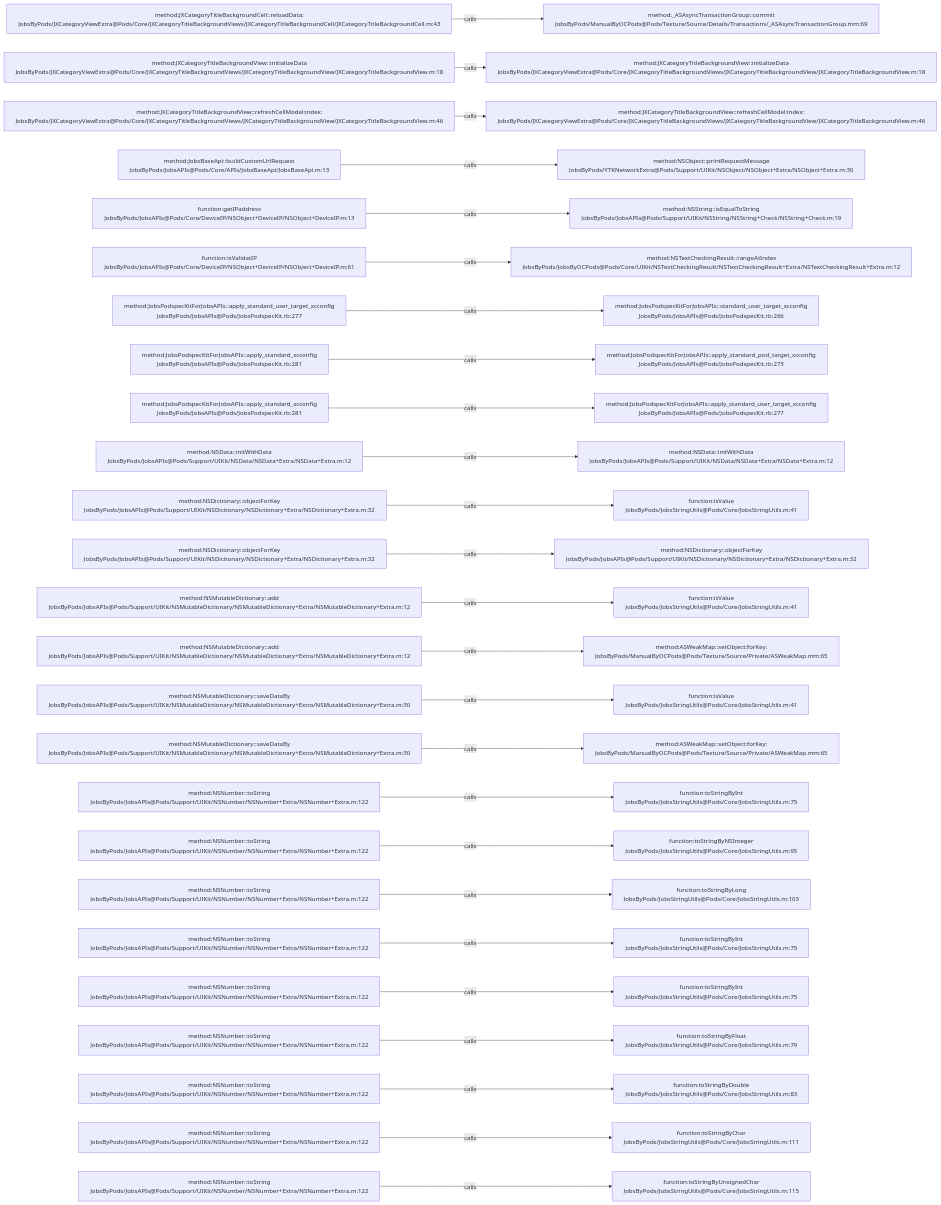
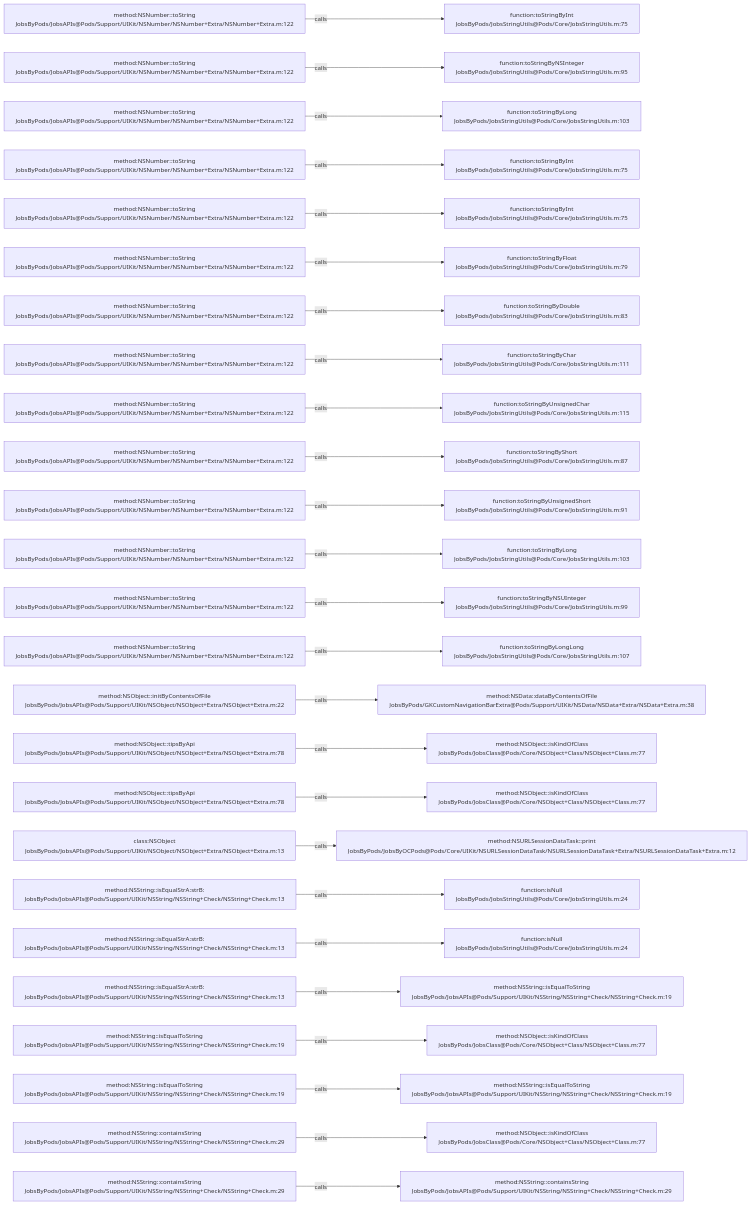
Before and after one commit to JobsKits/JobsOCBaseConfigDemo: the diagram in .codegraph/codegraph.md/graphs/calls-012.md, drawn with Mermaid. The commit also changed 639 other files, not shown here.

````diff
--- a/.codegraph/codegraph.md/graphs/calls-012.md
+++ b/.codegraph/codegraph.md/graphs/calls-012.md
@@ -13,78 +13,78 @@
 ```mermaid
 flowchart LR
-  S1["method:JXCategoryTitleBackgroundCell::reloadData:<br/>JobsByPods/JXCategoryViewExtra@Pods/Core/JXCategoryTitleBackgroundViews/JXCategoryTitleBackgroundCell/JXCategoryTitleBackgroundCell.m:43"]
-  T1["method:_ASAsyncTransactionGroup::commit<br/>JobsByPods/ManualByOCPods@Pods/Texture/Source/Details/Transactions/_ASAsyncTransactionGroup.mm:69"]
+  S1["method:NSNumber::toString<br/>JobsByPods/JobsAPIs@Pods/Support/UIKit/NSNumber/NSNumber+Extra/NSNumber+Extra.m:122"]
+  T1["function:toStringByInt<br/>JobsByPods/JobsStringUtils@Pods/Core/JobsStringUtils.m:75"]
   S1 -->|calls| T1
-  S2["method:JXCategoryTitleBackgroundView::initializeData<br/>JobsByPods/JXCategoryViewExtra@Pods/Core/JXCategoryTitleBackgroundViews/JXCategoryTitleBackgroundView/JXCategoryTitleBackgroundView.m:18"]
-  T2["method:JXCategoryTitleBackgroundView::initializeData<br/>JobsByPods/JXCategoryViewExtra@Pods/Core/JXCategoryTitleBackgroundViews/JXCategoryTitleBackgroundView/JXCategoryTitleBackgroundView.m:18"]
+  S2["method:NSNumber::toString<br/>JobsByPods/JobsAPIs@Pods/Support/UIKit/NSNumber/NSNumber+Extra/NSNumber+Extra.m:122"]
+  T2["function:toStringByNSInteger<br/>JobsByPods/JobsStringUtils@Pods/Core/JobsStringUtils.m:95"]
   S2 -->|calls| T2
-  S3["method:JXCategoryTitleBackgroundView::refreshCellModel:index:<br/>JobsByPods/JXCategoryViewExtra@Pods/Core/JXCategoryTitleBackgroundViews/JXCategoryTitleBackgroundView/JXCategoryTitleBackgroundView.m:46"]
-  T3["method:JXCategoryTitleBackgroundView::refreshCellModel:index:<br/>JobsByPods/JXCategoryViewExtra@Pods/Core/JXCategoryTitleBackgroundViews/JXCategoryTitleBackgroundView/JXCategoryTitleBackgroundView.m:46"]
+  S3["method:NSNumber::toString<br/>JobsByPods/JobsAPIs@Pods/Support/UIKit/NSNumber/NSNumber+Extra/NSNumber+Extra.m:122"]
+  T3["function:toStringByLong<br/>JobsByPods/JobsStringUtils@Pods/Core/JobsStringUtils.m:103"]
   S3 -->|calls| T3
-  S4["method:JobsBaseApi::buildCustomUrlRequest<br/>JobsByPods/JobsAPIs@Pods/Core/APIs/JobsBaseApi/JobsBaseApi.m:13"]
-  T4["method:NSObject::printRequestMessage<br/>JobsByPods/YTKNetworkExtra@Pods/Support/UIKit/NSObject/NSObject+Extra/NSObject+Extra.m:30"]
+  S4["method:NSNumber::toString<br/>JobsByPods/JobsAPIs@Pods/Support/UIKit/NSNumber/NSNumber+Extra/NSNumber+Extra.m:122"]
+  T4["function:toStringByInt<br/>JobsByPods/JobsStringUtils@Pods/Core/JobsStringUtils.m:75"]
   S4 -->|calls| T4
-  S5["function:getIPaddress<br/>JobsByPods/JobsAPIs@Pods/Core/DeviceIP/NSObject+DeviceIP/NSObject+DeviceIP.m:13"]
-  T5["method:NSString::isEqualToString<br/>JobsByPods/JobsAPIs@Pods/Support/UIKit/NSString/NSString+Check/NSString+Check.m:19"]
+  S5["method:NSNumber::toString<br/>JobsByPods/JobsAPIs@Pods/Support/UIKit/NSNumber/NSNumber+Extra/NSNumber+Extra.m:122"]
+  T5["function:toStringByInt<br/>JobsByPods/JobsStringUtils@Pods/Core/JobsStringUtils.m:75"]
   S5 -->|calls| T5
-  S6["function:isValidatIP<br/>JobsByPods/JobsAPIs@Pods/Core/DeviceIP/NSObject+DeviceIP/NSObject+DeviceIP.m:61"]
-  T6["method:NSTextCheckingResult::rangeAtIndex<br/>JobsByPods/JobsByOCPods@Pods/Core/UIKit/NSTextCheckingResult/NSTextCheckingResult+Extra/NSTextCheckingResult+Extra.m:12"]
+  S6["method:NSNumber::toString<br/>JobsByPods/JobsAPIs@Pods/Support/UIKit/NSNumber/NSNumber+Extra/NSNumber+Extra.m:122"]
+  T6["function:toStringByFloat<br/>JobsByPods/JobsStringUtils@Pods/Core/JobsStringUtils.m:79"]
   S6 -->|calls| T6
-  S7["method:JobsPodspecKitForJobsAPIs::apply_standard_user_target_xcconfig<br/>JobsByPods/JobsAPIs@Pods/JobsPodspecKit.rb:277"]
-  T7["method:JobsPodspecKitForJobsAPIs::standard_user_target_xcconfig<br/>JobsByPods/JobsAPIs@Pods/JobsPodspecKit.rb:266"]
+  S7["method:NSNumber::toString<br/>JobsByPods/JobsAPIs@Pods/Support/UIKit/NSNumber/NSNumber+Extra/NSNumber+Extra.m:122"]
+  T7["function:toStringByDouble<br/>JobsByPods/JobsStringUtils@Pods/Core/JobsStringUtils.m:83"]
   S7 -->|calls| T7
-  S8["method:JobsPodspecKitForJobsAPIs::apply_standard_xcconfig<br/>JobsByPods/JobsAPIs@Pods/JobsPodspecKit.rb:281"]
-  T8["method:JobsPodspecKitForJobsAPIs::apply_standard_pod_target_xcconfig<br/>JobsByPods/JobsAPIs@Pods/JobsPodspecKit.rb:273"]
+  S8["method:NSNumber::toString<br/>JobsByPods/JobsAPIs@Pods/Support/UIKit/NSNumber/NSNumber+Extra/NSNumber+Extra.m:122"]
+  T8["function:toStringByChar<br/>JobsByPods/JobsStringUtils@Pods/Core/JobsStringUtils.m:111"]
   S8 -->|calls| T8
-  S9["method:JobsPodspecKitForJobsAPIs::apply_standard_xcconfig<br/>JobsByPods/JobsAPIs@Pods/JobsPodspecKit.rb:281"]
-  T9["method:JobsPodspecKitForJobsAPIs::apply_standard_user_target_xcconfig<br/>JobsByPods/JobsAPIs@Pods/JobsPodspecKit.rb:277"]
+  S9["method:NSNumber::toString<br/>JobsByPods/JobsAPIs@Pods/Support/UIKit/NSNumber/NSNumber+Extra/NSNumber+Extra.m:122"]
+  T9["function:toStringByUnsignedChar<br/>JobsByPods/JobsStringUtils@Pods/Core/JobsStringUtils.m:115"]
   S9 -->|calls| T9
-  S10["method:NSData::initWithData<br/>JobsByPods/JobsAPIs@Pods/Support/UIKit/NSData/NSData+Extra/NSData+Extra.m:12"]
-  T10["method:NSData::initWithData<br/>JobsByPods/JobsAPIs@Pods/Support/UIKit/NSData/NSData+Extra/NSData+Extra.m:12"]
+  S10["method:NSNumber::toString<br/>JobsByPods/JobsAPIs@Pods/Support/UIKit/NSNumber/NSNumber+Extra/NSNumber+Extra.m:122"]
+  T10["function:toStringByShort<br/>JobsByPods/JobsStringUtils@Pods/Core/JobsStringUtils.m:87"]
   S10 -->|calls| T10
-  S11["method:NSDictionary::objectForKey<br/>JobsByPods/JobsAPIs@Pods/Support/UIKit/NSDictionary/NSDictionary+Extra/NSDictionary+Extra.m:32"]
-  T11["function:isValue<br/>JobsByPods/JobsStringUtils@Pods/Core/JobsStringUtils.m:41"]
+  S11["method:NSNumber::toString<br/>JobsByPods/JobsAPIs@Pods/Support/UIKit/NSNumber/NSNumber+Extra/NSNumber+Extra.m:122"]
+  T11["function:toStringByUnsignedShort<br/>JobsByPods/JobsStringUtils@Pods/Core/JobsStringUtils.m:91"]
   S11 -->|calls| T11
-  S12["method:NSDictionary::objectForKey<br/>JobsByPods/JobsAPIs@Pods/Support/UIKit/NSDictionary/NSDictionary+Extra/NSDictionary+Extra.m:32"]
-  T12["method:NSDictionary::objectForKey<br/>JobsByPods/JobsAPIs@Pods/Support/UIKit/NSDictionary/NSDictionary+Extra/NSDictionary+Extra.m:32"]
+  S12["method:NSNumber::toString<br/>JobsByPods/JobsAPIs@Pods/Support/UIKit/NSNumber/NSNumber+Extra/NSNumber+Extra.m:122"]
+  T12["function:toStringByLong<br/>JobsByPods/JobsStringUtils@Pods/Core/JobsStringUtils.m:103"]
   S12 -->|calls| T12
-  S13["method:NSMutableDictionary::add<br/>JobsByPods/JobsAPIs@Pods/Support/UIKit/NSMutableDictionary/NSMutableDictionary+Extra/NSMutableDictionary+Extra.m:12"]
-  T13["function:isValue<br/>JobsByPods/JobsStringUtils@Pods/Core/JobsStringUtils.m:41"]
+  S13["method:NSNumber::toString<br/>JobsByPods/JobsAPIs@Pods/Support/UIKit/NSNumber/NSNumber+Extra/NSNumber+Extra.m:122"]
+  T13["function:toStringByNSUInteger<br/>JobsByPods/JobsStringUtils@Pods/Core/JobsStringUtils.m:99"]
   S13 -->|calls| T13
-  S14["method:NSMutableDictionary::add<br/>JobsByPods/JobsAPIs@Pods/Support/UIKit/NSMutableDictionary/NSMutableDictionary+Extra/NSMutableDictionary+Extra.m:12"]
-  T14["method:ASWeakMap::setObject:forKey:<br/>JobsByPods/ManualByOCPods@Pods/Texture/Source/Private/ASWeakMap.mm:65"]
+  S14["method:NSNumber::toString<br/>JobsByPods/JobsAPIs@Pods/Support/UIKit/NSNumber/NSNumber+Extra/NSNumber+Extra.m:122"]
+  T14["function:toStringByLongLong<br/>JobsByPods/JobsStringUtils@Pods/Core/JobsStringUtils.m:107"]
   S14 -->|calls| T14
-  S15["method:NSMutableDictionary::saveDataBy<br/>JobsByPods/JobsAPIs@Pods/Support/UIKit/NSMutableDictionary/NSMutableDictionary+Extra/NSMutableDictionary+Extra.m:30"]
-  T15["function:isValue<br/>JobsByPods/JobsStringUtils@Pods/Core/JobsStringUtils.m:41"]
+  S15["method:NSObject::initByContentsOfFile<br/>JobsByPods/JobsAPIs@Pods/Support/UIKit/NSObject/NSObject+Extra/NSObject+Extra.m:22"]
+  T15["method:NSData::dataByContentsOfFile<br/>JobsByPods/GKCustomNavigationBarExtra@Pods/Support/UIKit/NSData/NSData+Extra/NSData+Extra.m:38"]
   S15 -->|calls| T15
-  S16["method:NSMutableDictionary::saveDataBy<br/>JobsByPods/JobsAPIs@Pods/Support/UIKit/NSMutableDictionary/NSMutableDictionary+Extra/NSMutableDictionary+Extra.m:30"]
-  T16["method:ASWeakMap::setObject:forKey:<br/>JobsByPods/ManualByOCPods@Pods/Texture/Source/Private/ASWeakMap.mm:65"]
+  S16["method:NSObject::tipsByApi<br/>JobsByPods/JobsAPIs@Pods/Support/UIKit/NSObject/NSObject+Extra/NSObject+Extra.m:78"]
+  T16["method:NSObject::isKindOfClass<br/>JobsByPods/JobsClass@Pods/Core/NSObject+Class/NSObject+Class.m:77"]
   S16 -->|calls| T16
-  S17["method:NSNumber::toString<br/>JobsByPods/JobsAPIs@Pods/Support/UIKit/NSNumber/NSNumber+Extra/NSNumber+Extra.m:122"]
-  T17["function:toStringByInt<br/>JobsByPods/JobsStringUtils@Pods/Core/JobsStringUtils.m:75"]
+  S17["method:NSObject::tipsByApi<br/>JobsByPods/JobsAPIs@Pods/Support/UIKit/NSObject/NSObject+Extra/NSObject+Extra.m:78"]
+  T17["method:NSObject::isKindOfClass<br/>JobsByPods/JobsClass@Pods/Core/NSObject+Class/NSObject+Class.m:77"]
   S17 -->|calls| T17
-  S18["method:NSNumber::toString<br/>JobsByPods/JobsAPIs@Pods/Support/UIKit/NSNumber/NSNumber+Extra/NSNumber+Extra.m:122"]
-  T18["function:toStringByNSInteger<br/>JobsByPods/JobsStringUtils@Pods/Core/JobsStringUtils.m:95"]
+  S18["class:NSObject<br/>JobsByPods/JobsAPIs@Pods/Support/UIKit/NSObject/NSObject+Extra/NSObject+Extra.m:13"]
+  T18["method:NSURLSessionDataTask::print<br/>JobsByPods/JobsByOCPods@Pods/Core/UIKit/NSURLSessionDataTask/NSURLSessionDataTask+Extra/NSURLSessionDataTask+Extra.m:12"]
   S18 -->|calls| T18
-  S19["method:NSNumber::toString<br/>JobsByPods/JobsAPIs@Pods/Support/UIKit/NSNumber/NSNumber+Extra/NSNumber+Extra.m:122"]
-  T19["function:toStringByLong<br/>JobsByPods/JobsStringUtils@Pods/Core/JobsStringUtils.m:103"]
+  S19["method:NSString::isEqualStrA:strB:<br/>JobsByPods/JobsAPIs@Pods/Support/UIKit/NSString/NSString+Check/NSString+Check.m:13"]
+  T19["function:isNull<br/>JobsByPods/JobsStringUtils@Pods/Core/JobsStringUtils.m:24"]
   S19 -->|calls| T19
-  S20["method:NSNumber::toString<br/>JobsByPods/JobsAPIs@Pods/Support/UIKit/NSNumber/NSNumber+Extra/NSNumber+Extra.m:122"]
-  T20["function:toStringByInt<br/>JobsByPods/JobsStringUtils@Pods/Core/JobsStringUtils.m:75"]
+  S20["method:NSString::isEqualStrA:strB:<br/>JobsByPods/JobsAPIs@Pods/Support/UIKit/NSString/NSString+Check/NSString+Check.m:13"]
+  T20["function:isNull<br/>JobsByPods/JobsStringUtils@Pods/Core/JobsStringUtils.m:24"]
   S20 -->|calls| T20
-  S21["method:NSNumber::toString<br/>JobsByPods/JobsAPIs@Pods/Support/UIKit/NSNumber/NSNumber+Extra/NSNumber+Extra.m:122"]
-  T21["function:toStringByInt<br/>JobsByPods/JobsStringUtils@Pods/Core/JobsStringUtils.m:75"]
+  S21["method:NSString::isEqualStrA:strB:<br/>JobsByPods/JobsAPIs@Pods/Support/UIKit/NSString/NSString+Check/NSString+Check.m:13"]
+  T21["method:NSString::isEqualToString<br/>JobsByPods/JobsAPIs@Pods/Support/UIKit/NSString/NSString+Check/NSString+Check.m:19"]
   S21 -->|calls| T21
-  S22["method:NSNumber::toString<br/>JobsByPods/JobsAPIs@Pods/Support/UIKit/NSNumber/NSNumber+Extra/NSNumber+Extra.m:122"]
-  T22["function:toStringByFloat<br/>JobsByPods/JobsStringUtils@Pods/Core/JobsStringUtils.m:79"]
+  S22["method:NSString::isEqualToString<br/>JobsByPods/JobsAPIs@Pods/Support/UIKit/NSString/NSString+Check/NSString+Check.m:19"]
+  T22["method:NSObject::isKindOfClass<br/>JobsByPods/JobsClass@Pods/Core/NSObject+Class/NSObject+Class.m:77"]
   S22 -->|calls| T22
-  S23["method:NSNumber::toString<br/>JobsByPods/JobsAPIs@Pods/Support/UIKit/NSNumber/NSNumber+Extra/NSNumber+Extra.m:122"]
-  T23["function:toStringByDouble<br/>JobsByPods/JobsStringUtils@Pods/Core/JobsStringUtils.m:83"]
+  S23["method:NSString::isEqualToString<br/>JobsByPods/JobsAPIs@Pods/Support/UIKit/NSString/NSString+Check/NSString+Check.m:19"]
+  T23["method:NSString::isEqualToString<br/>JobsByPods/JobsAPIs@Pods/Support/UIKit/NSString/NSString+Check/NSString+Check.m:19"]
   S23 -->|calls| T23
-  S24["method:NSNumber::toString<br/>JobsByPods/JobsAPIs@Pods/Support/UIKit/NSNumber/NSNumber+Extra/NSNumber+Extra.m:122"]
-  T24["function:toStringByChar<br/>JobsByPods/JobsStringUtils@Pods/Core/JobsStringUtils.m:111"]
+  S24["method:NSString::containsString<br/>JobsByPods/JobsAPIs@Pods/Support/UIKit/NSString/NSString+Check/NSString+Check.m:29"]
+  T24["method:NSObject::isKindOfClass<br/>JobsByPods/JobsClass@Pods/Core/NSObject+Class/NSObject+Class.m:77"]
   S24 -->|calls| T24
-  S25["method:NSNumber::toString<br/>JobsByPods/JobsAPIs@Pods/Support/UIKit/NSNumber/NSNumber+Extra/NSNumber+Extra.m:122"]
-  T25["function:toStringByUnsignedChar<br/>JobsByPods/JobsStringUtils@Pods/Core/JobsStringUtils.m:115"]
+  S25["method:NSString::containsString<br/>JobsByPods/JobsAPIs@Pods/Support/UIKit/NSString/NSString+Check/NSString+Check.m:29"]
+  T25["method:NSString::containsString<br/>JobsByPods/JobsAPIs@Pods/Support/UIKit/NSString/NSString+Check/NSString+Check.m:29"]
   S25 -->|calls| T25
 ```
````
